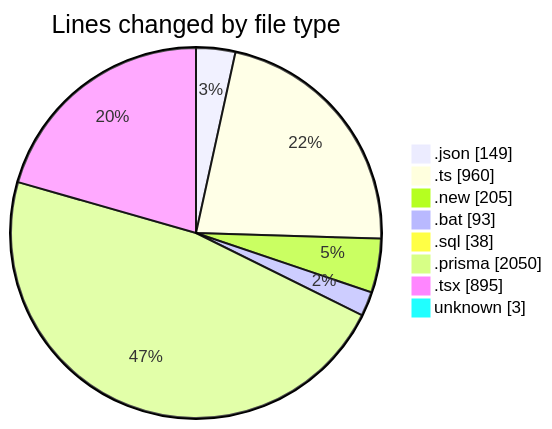
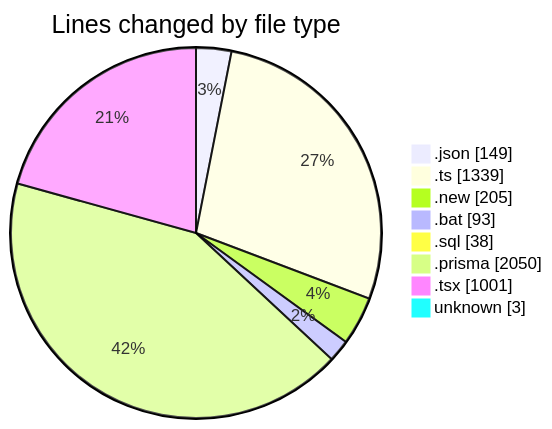
One commit to CELIANVF/code-tracking changed the first of 2 diagrams in 2025-05-20/ecodeli-1/README.md. Above: the diagram before and after it, drawn with Mermaid. The commit also changed other lines of this file and 1 other file, not shown here.

````diff
--- a/2025-05-20/ecodeli-1/README.md
+++ b/2025-05-20/ecodeli-1/README.md
@@ -39,12 +42,12 @@
 ```mermaid
 pie showData
 title Lines changed by file type
 ".json" : 149
-".ts" : 960
+".ts" : 1339
 ".new" : 205
 ".bat" : 93
 ".sql" : 38
 ".prisma" : 2050
-".tsx" : 895
+".tsx" : 1001
 "unknown" : 3
 ```
````
